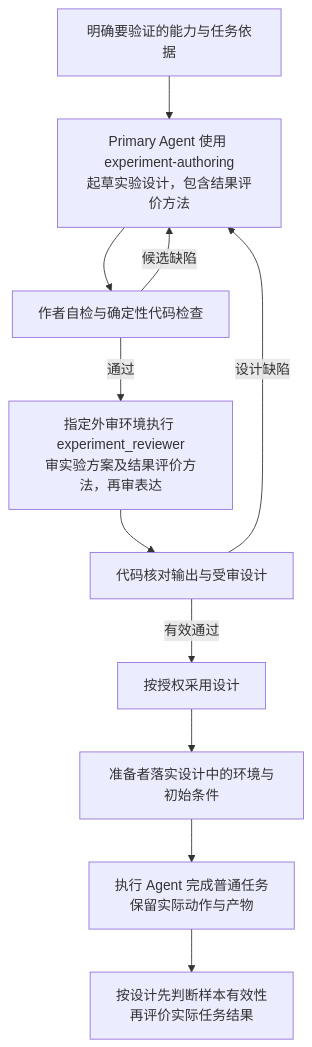
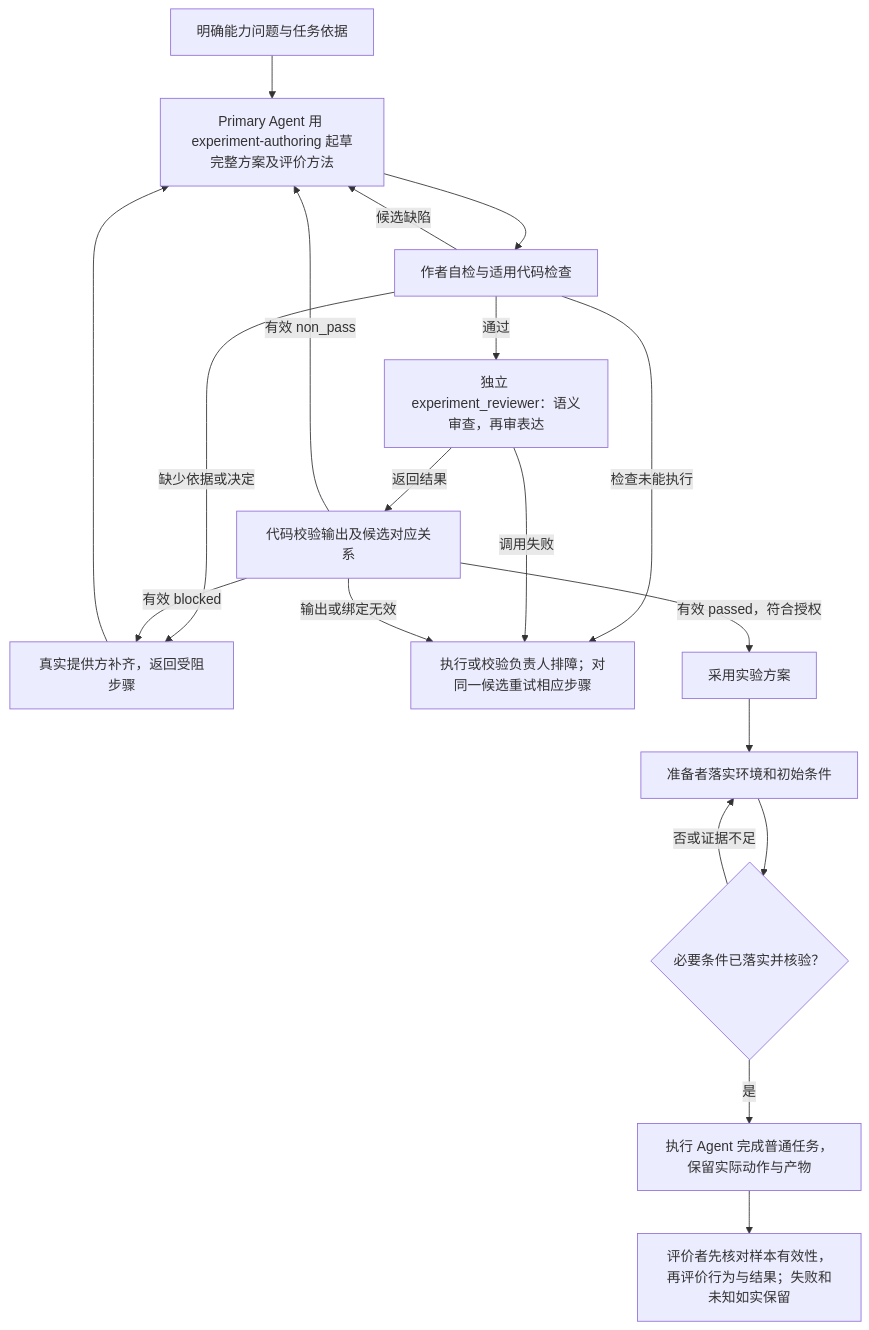
Before and after one commit to bobaoai/ai_project_management_framework: the diagram in designDoc/the_agent_experiment_design.md, drawn with Mermaid. The commit also changed other lines of this file and 103 other files, not shown here.

````diff
--- a/designDoc/the_agent_experiment_design.md
+++ b/designDoc/the_agent_experiment_design.md
@@ -27,13 +16,21 @@
 ```mermaid
 flowchart TD
-    I["明确要验证的能力与任务依据"] --> A["Primary Agent 使用 experiment-authoring<br/>起草实验设计，包含结果评价方法"]
-    A --> C["作者自检与确定性代码检查"]
-    C -->|通过| R["指定外审环境执行 experiment_reviewer<br/>审实验方案及结果评价方法，再审表达"]
-    R --> V["代码核对输出与受审设计"]
-    V -->|有效通过| D["按授权采用设计"]
-    V -->|设计缺陷| A
+    I["明确能力问题与任务依据"] --> A["Primary Agent 用 experiment-authoring 起草完整方案及评价方法"]
+    A --> C["作者自检与适用代码检查"]
     C -->|候选缺陷| A
-    D --> P["准备者落实设计中的环境与初始条件"]
-    P --> E["执行 Agent 完成普通任务<br/>保留实际动作与产物"]
-    E --> J["按设计先判断样本有效性<br/>再评价实际任务结果"]
+    C -->|缺少依据或决定| B["真实提供方补齐，返回受阻步骤"]
+    B --> A
+    C -->|检查未能执行| X["执行或校验负责人排障；对同一候选重试相应步骤"]
+    C -->|通过| R["独立 experiment_reviewer：语义审查，再审表达"]
+    R -->|调用失败| X
+    R -->|返回结果| V["代码校验输出及候选对应关系"]
+    V -->|输出或绑定无效| X
+    V -->|有效 non_pass| A
+    V -->|有效 blocked| B
+    V -->|有效 passed，符合授权| D["采用实验方案"]
+    D --> P["准备者落实环境和初始条件"]
+    P --> Q{"必要条件已落实并核验？"}
+    Q -->|否或证据不足| P
+    Q -->|是| E["执行 Agent 完成普通任务，保留实际动作与产物"]
+    E --> J["评价者先核对样本有效性，再评价行为与结果；失败和未知如实保留"]
 ```
````
